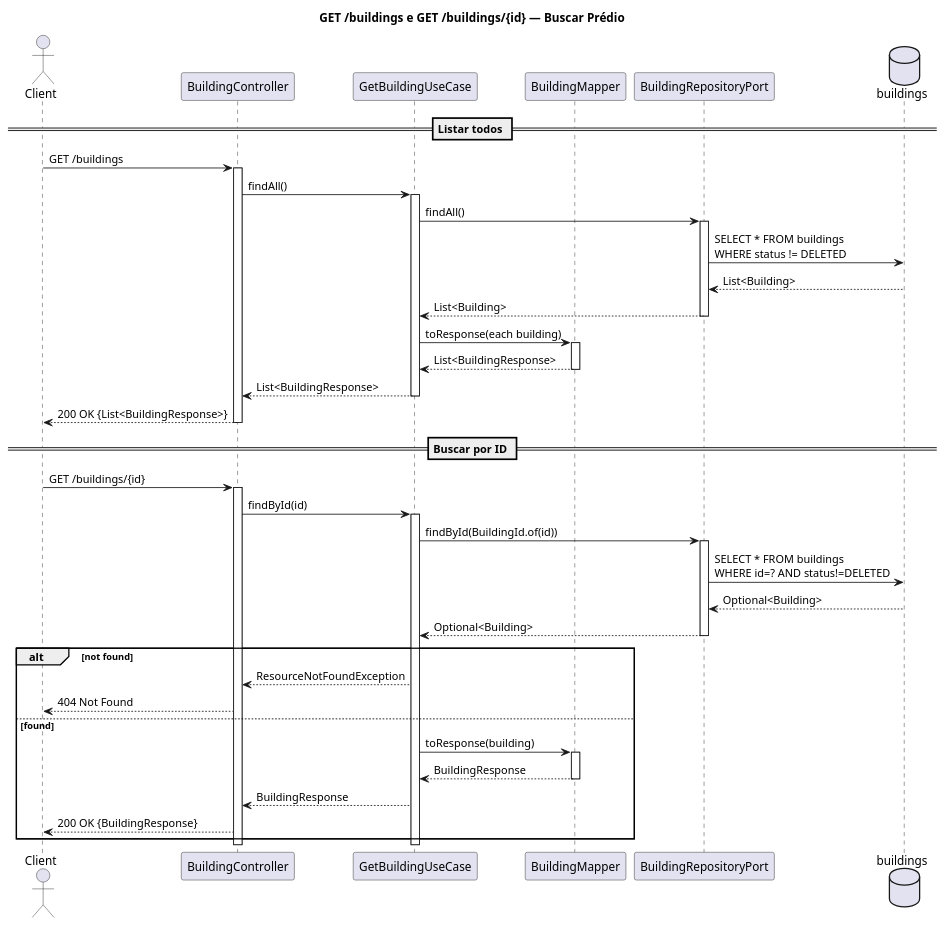
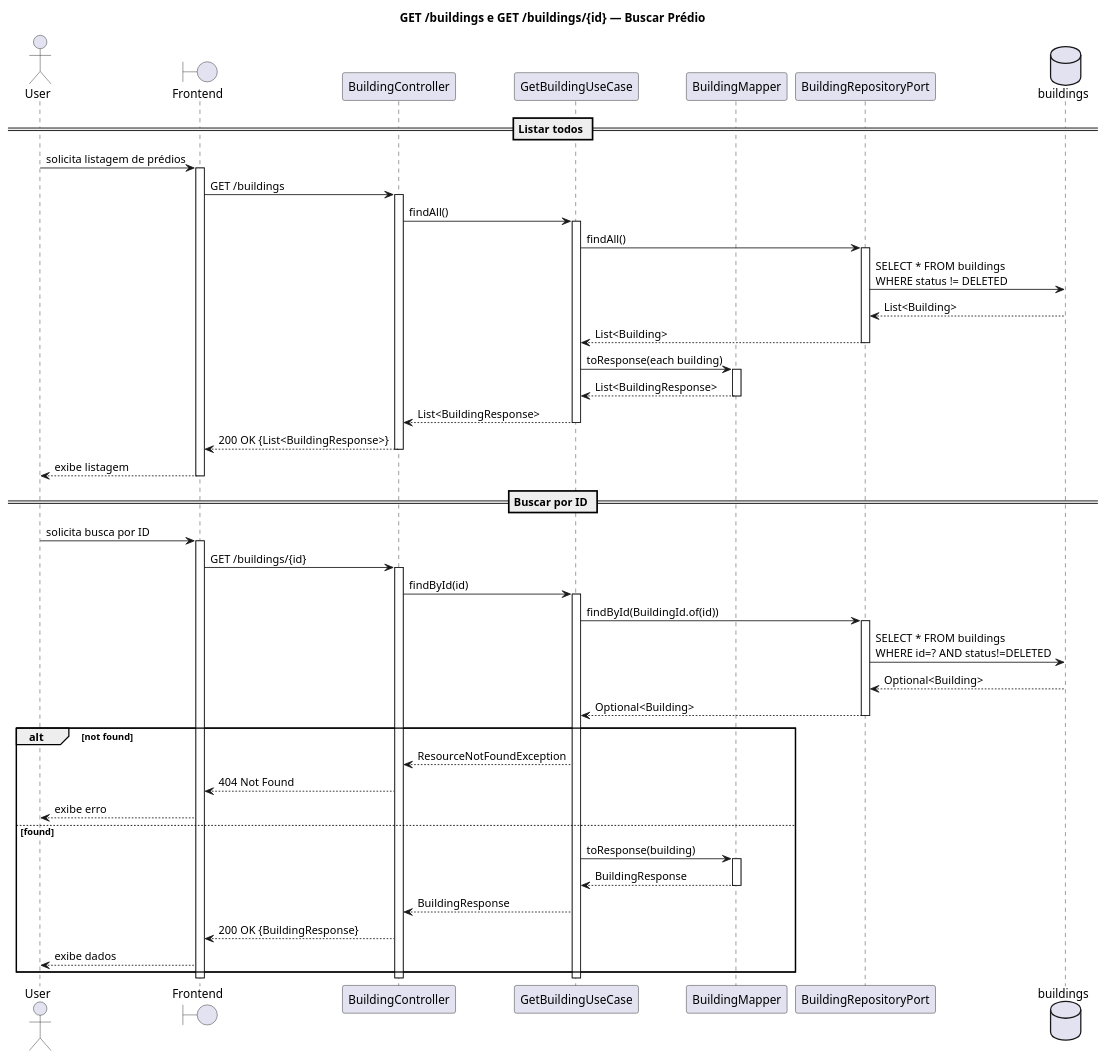
One commit to Neoguara/rooms-diagrams changed the diagram in sequencia/building/get_building.puml. Above: the diagram before and after it, drawn with PlantUML. The commit also changed 28 other files, not shown here.

```diff
--- a/sequencia/building/get_building.puml
+++ b/sequencia/building/get_building.puml
@@ -1,65 +1,75 @@
 @startuml get_building
 
 title GET /buildings e GET /buildings/{id} — Buscar Prédio
 
-actor Client
+actor User
+boundary "Frontend" as FE
 participant "BuildingController" as Ctrl
 participant "GetBuildingUseCase" as UC
 participant "BuildingMapper" as Mapper
 participant "BuildingRepositoryPort" as Repo
 database "buildings" as DB
 
 == Listar todos ==
 
-Client -> Ctrl: GET /buildings
+User -> FE: solicita listagem de prédios
+activate FE
+FE -> Ctrl: GET /buildings
 activate Ctrl
 Ctrl -> UC: findAll()
 activate UC
 
 UC -> Repo: findAll()
 activate Repo
 Repo -> DB: SELECT * FROM buildings\nWHERE status != DELETED
 DB --> Repo: List<Building>
 Repo --> UC: List<Building>
 deactivate Repo
 
 UC -> Mapper: toResponse(each building)
 activate Mapper
 Mapper --> UC: List<BuildingResponse>
 deactivate Mapper
 
 UC --> Ctrl: List<BuildingResponse>
 deactivate UC
-Ctrl --> Client: 200 OK {List<BuildingResponse>}
+Ctrl --> FE: 200 OK {List<BuildingResponse>}
 deactivate Ctrl
+FE --> User: exibe listagem
+deactivate FE
 
 == Buscar por ID ==
 
-Client -> Ctrl: GET /buildings/{id}
+User -> FE: solicita busca por ID
+activate FE
+FE -> Ctrl: GET /buildings/{id}
 activate Ctrl
 Ctrl -> UC: findById(id)
 activate UC
 
 UC -> Repo: findById(BuildingId.of(id))
 activate Repo
 Repo -> DB: SELECT * FROM buildings\nWHERE id=? AND status!=DELETED
 DB --> Repo: Optional<Building>
 Repo --> UC: Optional<Building>
 deactivate Repo
 
 alt not found
   UC --> Ctrl: ResourceNotFoundException
-  Ctrl --> Client: 404 Not Found
+  Ctrl --> FE: 404 Not Found
+  FE --> User: exibe erro
 else found
   UC -> Mapper: toResponse(building)
   activate Mapper
   Mapper --> UC: BuildingResponse
   deactivate Mapper
   UC --> Ctrl: BuildingResponse
-  Ctrl --> Client: 200 OK {BuildingResponse}
+  Ctrl --> FE: 200 OK {BuildingResponse}
+  FE --> User: exibe dados
 end
 
 deactivate UC
 deactivate Ctrl
+deactivate FE
 
 @enduml
```
